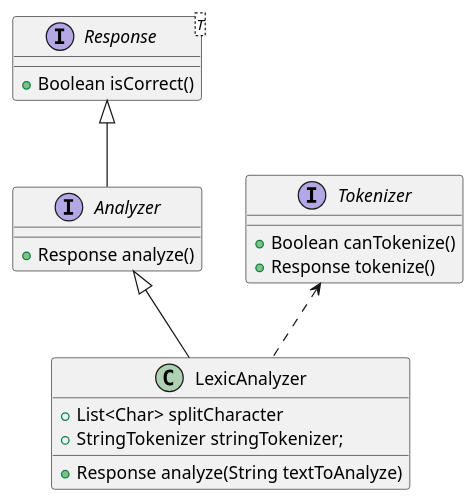
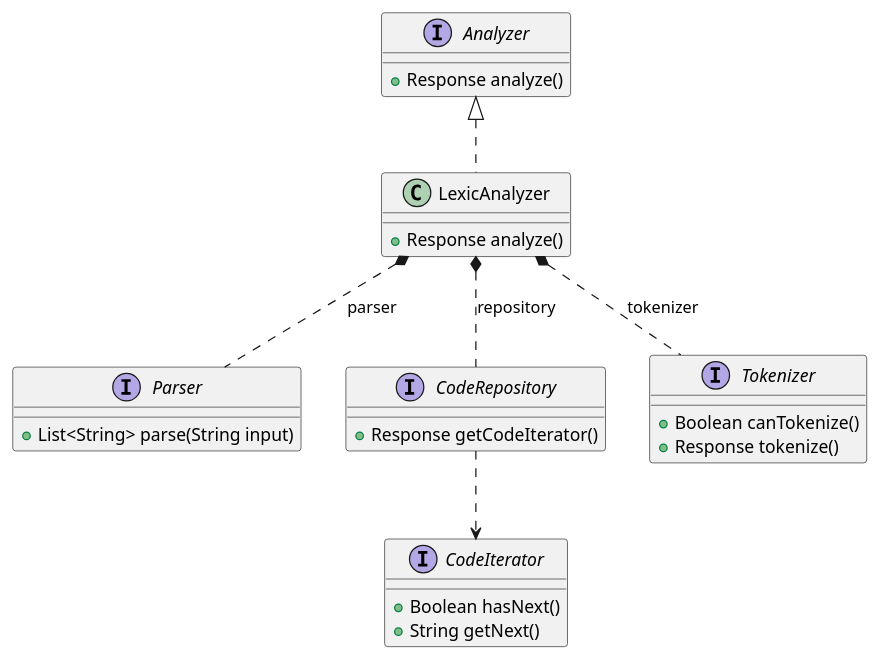
The diagram in src/main/java/analyzers/lexic/LexicAnalyzer.puml (IngsisPrintScript/PrintScript), drawn with PlantUML before and after one commit.

Commit message:
Fixed the LexicalAnalyzerDiagram

```diff
--- a/src/main/java/analyzers/lexic/LexicAnalyzer.puml
+++ b/src/main/java/analyzers/lexic/LexicAnalyzer.puml
@@ -1,22 +1,37 @@
 @startuml
-interface Response<T>{
-    + Boolean isCorrect()
-}
+'https://plantuml.com/class-diagram
+
 interface Analyzer{
     + Response analyze()
 }
-class LexicAnalyzer{
-    + List<Char> splitCharacter
-    + StringTokenizer stringTokenizer;
-    + Response analyze(String textToAnalyze)
+
+interface Parser{
+    + List<String> parse(String input)
 }
+
+interface CodeRepository{
+    + Response getCodeIterator()
+}
+
+interface CodeIterator{
+    + Boolean hasNext()
+    + String getNext()
+}
+
 interface Tokenizer{
     + Boolean canTokenize()
     + Response tokenize()
 }
 
-Response <|-- Analyzer
+class LexicAnalyzer{
+    + Response analyze()
+}
 
-Analyzer <|-- LexicAnalyzer
-Tokenizer <.. LexicAnalyzer
+Analyzer <|.. LexicAnalyzer
+
+LexicAnalyzer *.. CodeRepository: repository
+LexicAnalyzer *.. Tokenizer: tokenizer
+LexicAnalyzer *.. Parser: parser
+
+CodeRepository ..> CodeIterator
 @enduml
```
